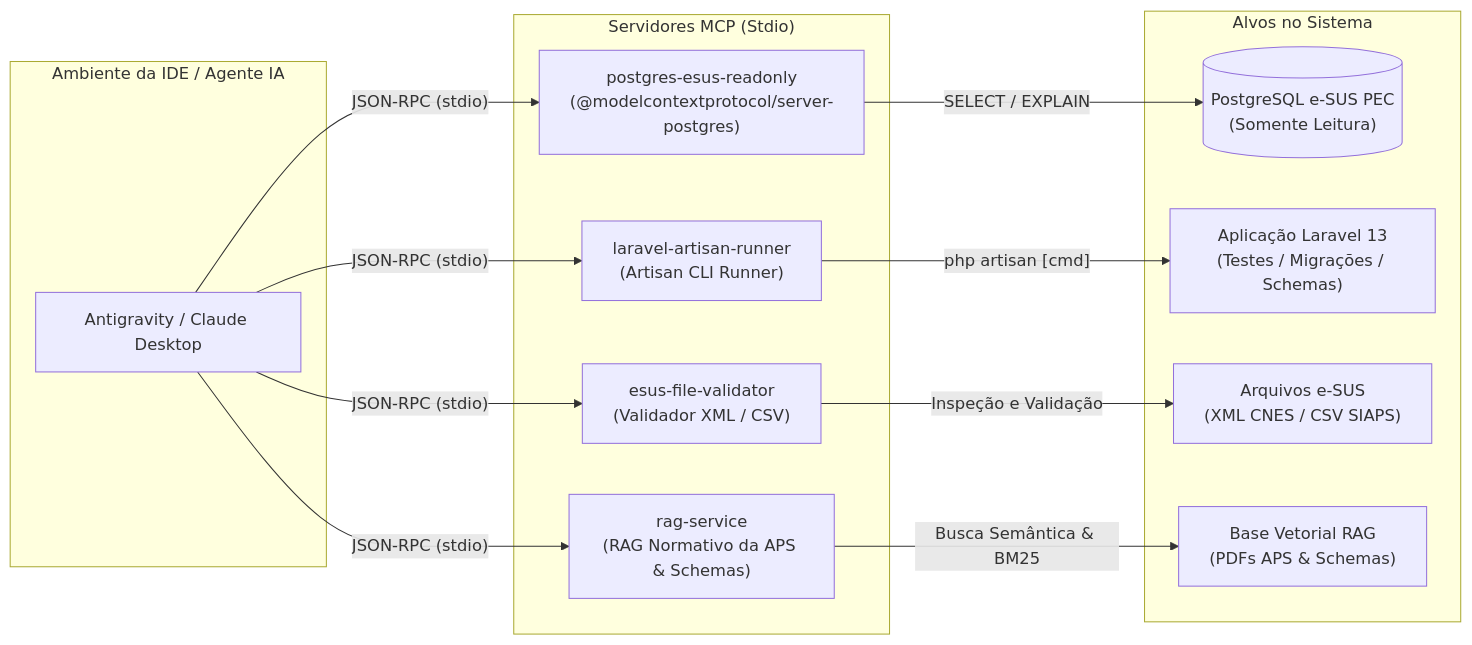
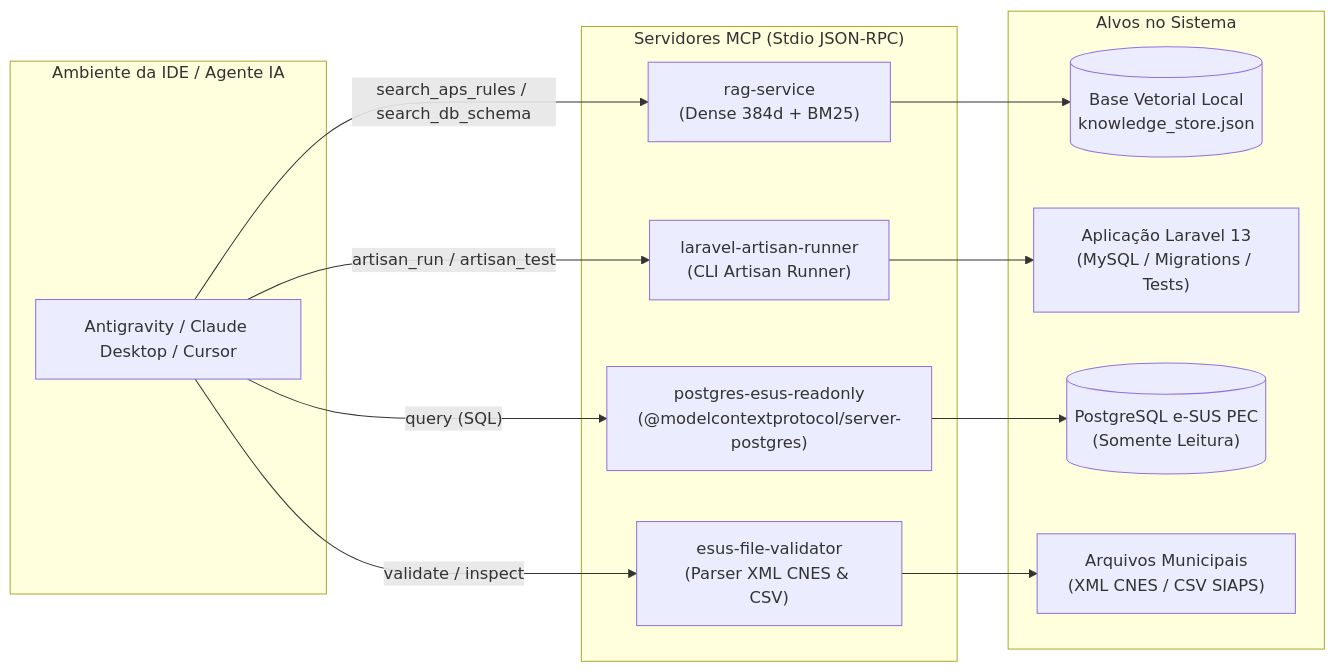
Before and after one commit to rayhenrique/monitorafacil: the diagram in MCP.md, drawn with Mermaid. The commit also changed other lines of this file and 1 other file, not shown here.

Commit message:
docs: atualiza README.md e MCP.md com indicadores C1-C7, CVAT, testes (155 aprovados) e arquitetura RAG

````diff
--- a/MCP.md
+++ b/MCP.md
@@ -31,30 +36,30 @@
 ```mermaid
 graph LR
     subgraph "Ambiente da IDE / Agente IA"
-        Agent["Antigravity / Claude Desktop"]
+        Agent["Antigravity / Claude Desktop / Cursor"]
     end
 
-    subgraph "Servidores MCP (Stdio)"
-        MCP1["postgres-esus-readonly<br/>(@modelcontextprotocol/server-postgres)"]
-        MCP2["laravel-artisan-runner<br/>(Artisan CLI Runner)"]
-        MCP3["esus-file-validator<br/>(Validador XML / CSV)"]
-        MCP4["rag-service<br/>(RAG Normativo da APS & Schemas)"]
+    subgraph "Servidores MCP (Stdio JSON-RPC)"
+        MCP_RAG["rag-service<br/>(Dense 384d + BM25)"]
+        MCP_ART["laravel-artisan-runner<br/>(CLI Artisan Runner)"]
+        MCP_PG["postgres-esus-readonly<br/>(@modelcontextprotocol/server-postgres)"]
+        MCP_VAL["esus-file-validator<br/>(Parser XML CNES & CSV)"]
     end
 
     subgraph "Alvos no Sistema"
+        RAG_STORE[("Base Vetorial Local<br/>knowledge_store.json")]
+        APP["Aplicação Laravel 13<br/>(MySQL / Migrations / Tests)"]
         DW[("PostgreSQL e-SUS PEC<br/>(Somente Leitura)")]
-        App["Aplicação Laravel 13<br/>(Testes / Migrações / Schemas)"]
-        Files["Arquivos e-SUS<br/>(XML CNES / CSV SIAPS)"]
-        Docs["Base Vetorial RAG<br/>(PDFs APS & Schemas)"]
+        FILES["Arquivos Municipais<br/>(XML CNES / CSV SIAPS)"]
     end
 
-    Agent -- "JSON-RPC (stdio)" --> MCP1
-    Agent -- "JSON-RPC (stdio)" --> MCP2
-    Agent -- "JSON-RPC (stdio)" --> MCP3
-    Agent -- "JSON-RPC (stdio)" --> MCP4
+    Agent -- "search_aps_rules / search_db_schema" --> MCP_RAG
+    Agent -- "artisan_run / artisan_test" --> MCP_ART
+    Agent -- "query (SQL)" --> MCP_PG
+    Agent -- "validate / inspect" --> MCP_VAL
 
-    MCP1 -- "SELECT / EXPLAIN" --> DW
-    MCP2 -- "php artisan [cmd]" --> App
-    MCP3 -- "Inspeção e Validação" --> Files
-    MCP4 -- "Busca Semântica & BM25" --> Docs
+    MCP_RAG --> RAG_STORE
+    MCP_ART --> APP
+    MCP_PG --> DW
+    MCP_VAL --> FILES
 ```
````
